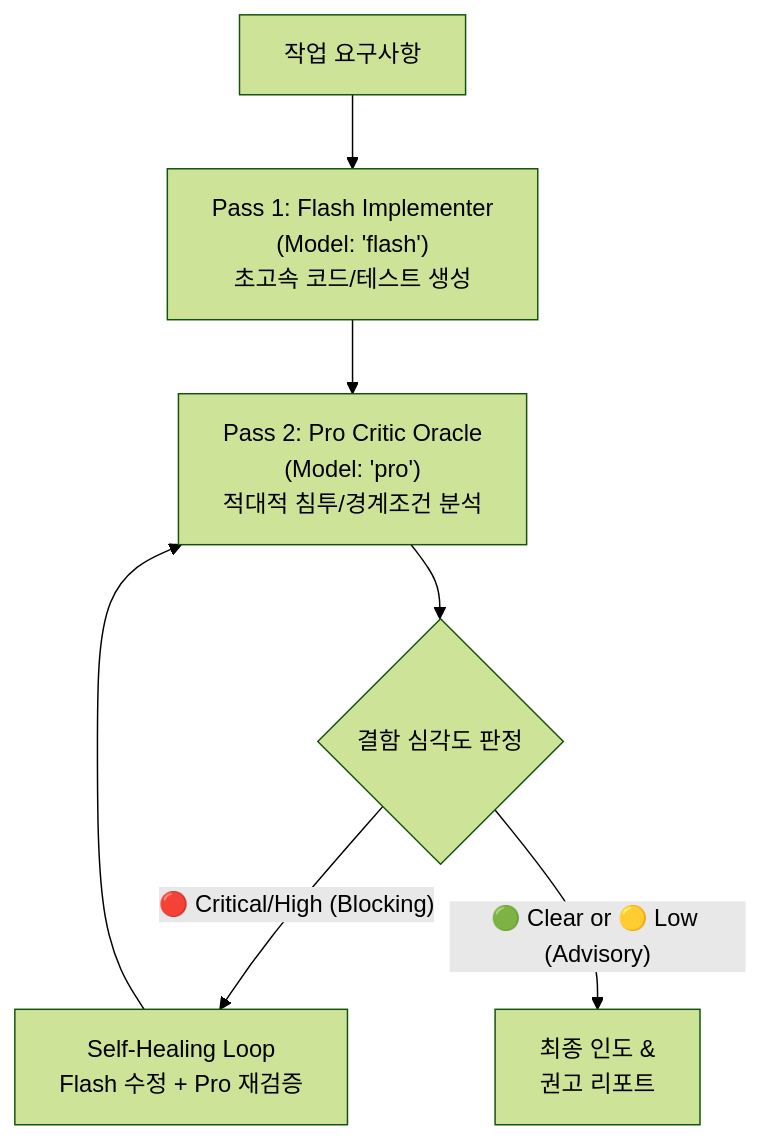
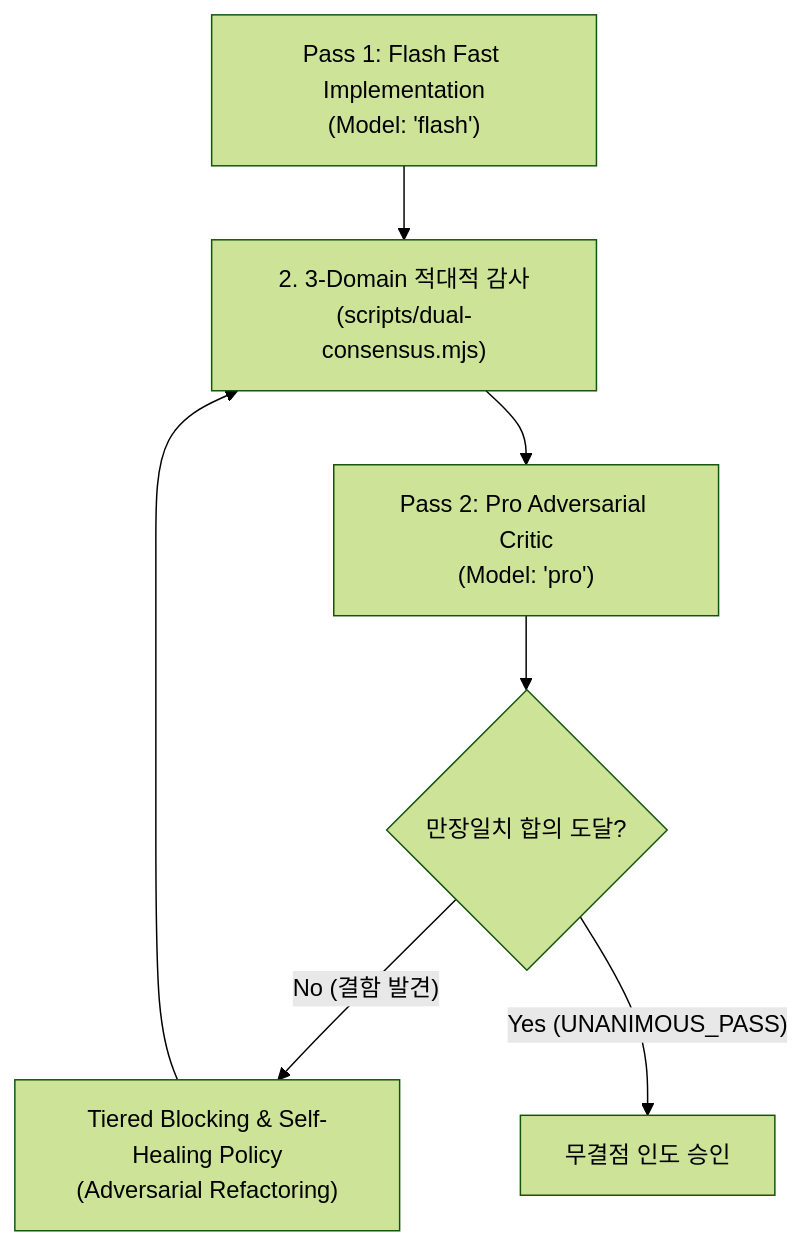
The diagram in skills/dual-verify/SKILL.md (daeryundf2-prog/LAZYANTIGRAVITY), drawn with Mermaid (forest theme) before and after one commit. The commit also changed other lines of this file and 35 other files, not shown here.

````diff
--- a/skills/dual-verify/SKILL.md
+++ b/skills/dual-verify/SKILL.md
@@ -10,9 +10,9 @@
 ```mermaid
 flowchart TD
-    Req["작업 요구사항"] --> P1["Pass 1: Flash Implementer<br/>(Model: 'flash')<br/>초고속 코드/테스트 생성"]
-    P1 --> P2["Pass 2: Pro Critic Oracle<br/>(Model: 'pro')<br/>적대적 침투/경계조건 분석"]
-    P2 --> Check{"결함 심각도 판정"}
-    Check -- "🔴 Critical/High (Blocking)" --> Fix["Self-Healing Loop<br/>Flash 수정 + Pro 재검증"]
-    Fix --> P2
-    Check -- "🟢 Clear or 🟡 Low (Advisory)" --> Report["최종 인도 &<br/>권고 리포트"]
+    Implement["Pass 1: Flash Fast Implementation<br/>(Model: 'flash')"] --> Audit["2. 3-Domain 적대적 감사<br/>(scripts/dual-consensus.mjs)"]
+    Audit --> Critic["Pass 2: Pro Adversarial Critic<br/>(Model: 'pro')"]
+    Critic --> Consensus{"만장일치 합의 도달?"}
+    Consensus -- "No (결함 발견)" --> Heal["Tiered Blocking & Self-Healing Policy<br/>(Adversarial Refactoring)"]
+    Heal --> Audit
+    Consensus -- "Yes (UNANIMOUS_PASS)" --> Pass["무결점 인도 승인"]
 ```
````
